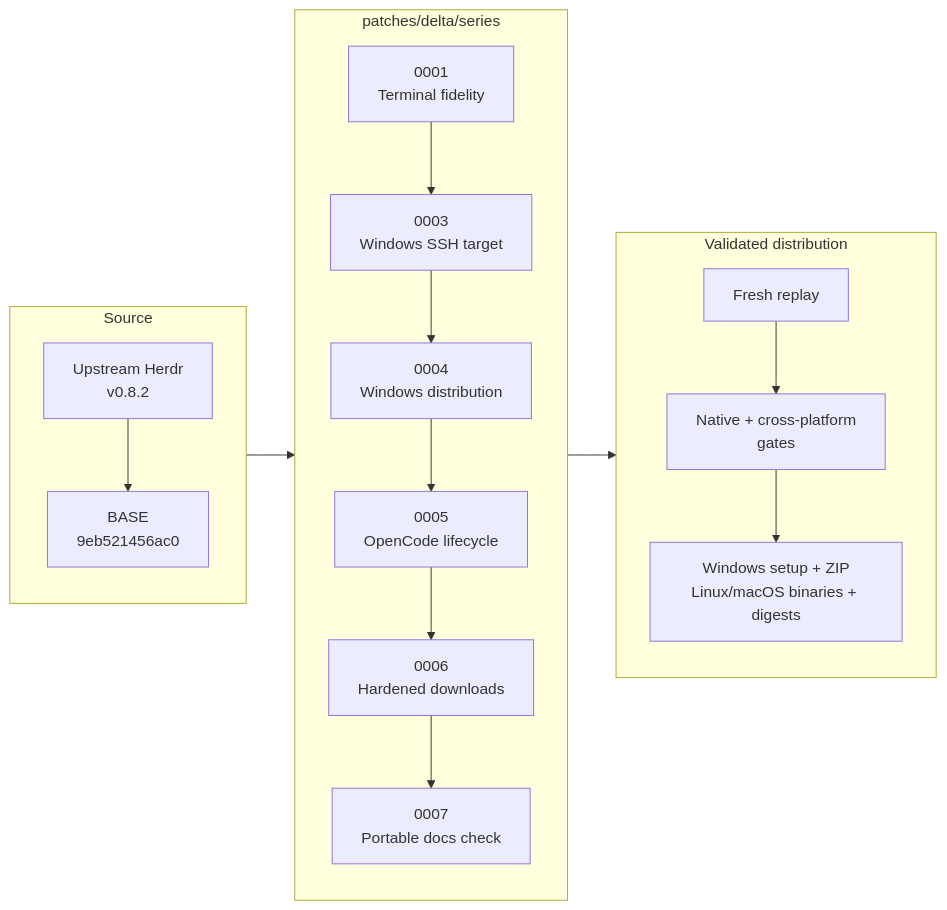
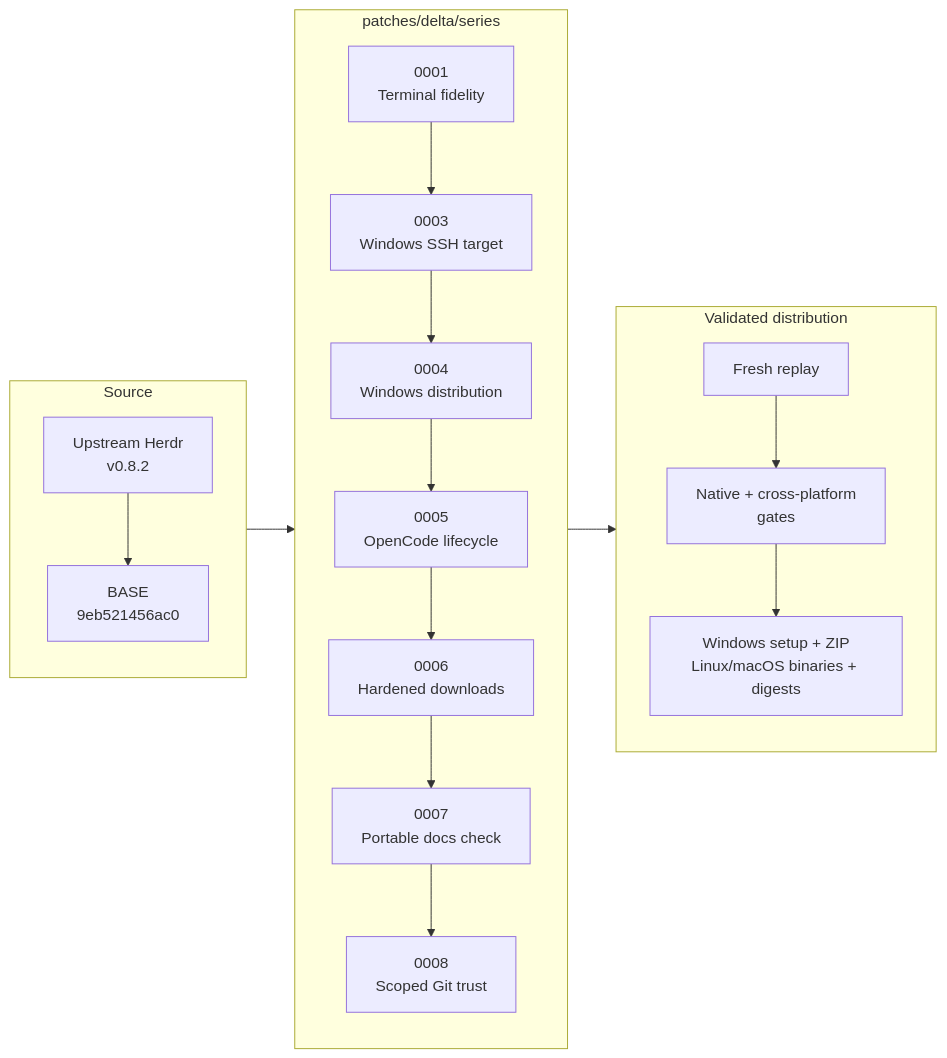
Before and after one commit to hdosys/herdr-win: the diagram in README.md, drawn with Mermaid. The commit also changed other lines of this file and 10 other files, not shown here.

First line of the commit message:
fix(worktree): scope Git trust to selected paths

````diff
--- a/README.md
+++ b/README.md
@@ -57,25 +58,26 @@
 ```mermaid
 flowchart LR
     subgraph S["Source"]
         direction TB
         U["Upstream Herdr<br/>v0.8.2"] --> B["BASE<br/>9eb521456ac0"]
     end
 
     subgraph Q["patches/delta/series"]
         direction TB
         P1["0001<br/>Terminal fidelity"] --> P3["0003<br/>Windows SSH target"]
         P3 --> P4["0004<br/>Windows distribution"]
         P4 --> P5["0005<br/>OpenCode lifecycle"]
         P5 --> P6["0006<br/>Hardened downloads"]
         P6 --> P7["0007<br/>Portable docs check"]
+        P7 --> P8["0008<br/>Scoped Git trust"]
     end
 
     subgraph V["Validated distribution"]
         direction TB
         R["Fresh replay"] --> G["Native + cross-platform<br/>gates"]
         G --> A["Windows setup + ZIP<br/>Linux/macOS binaries + digests"]
     end
 
     B --> P1
-    P7 --> R
+    P8 --> R
 ```
````
